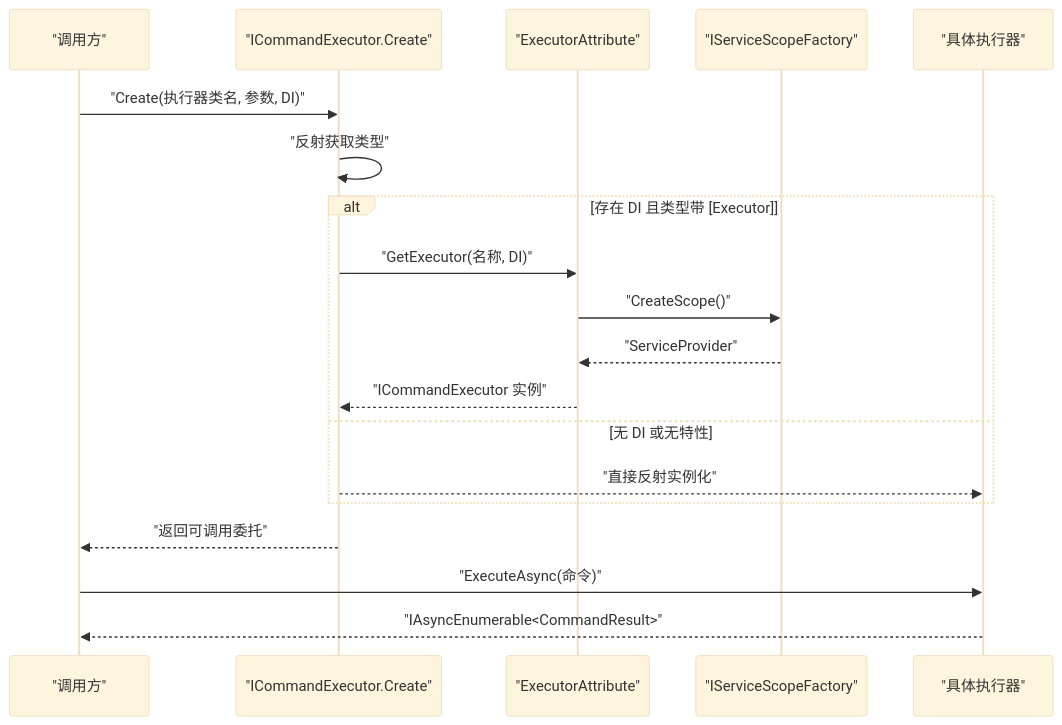
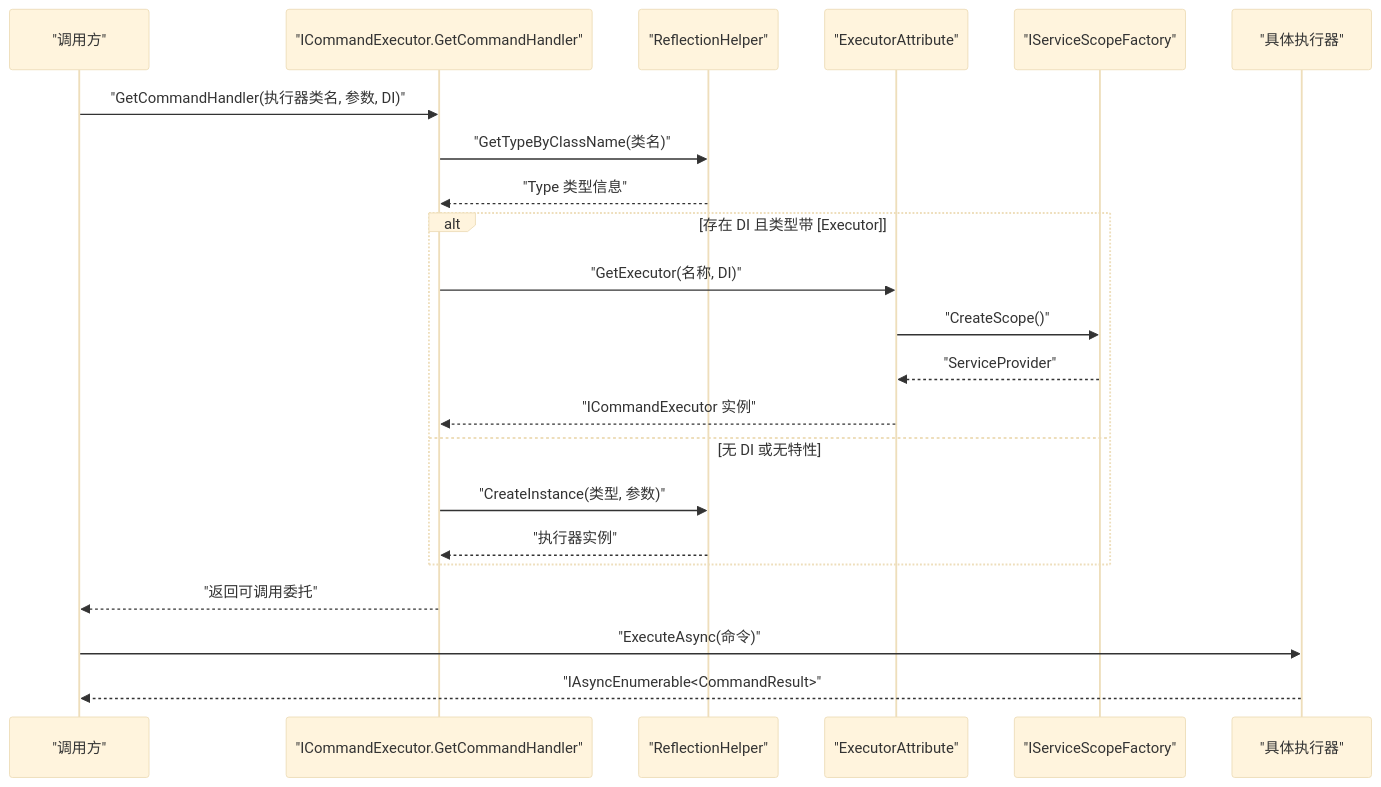
The second of 8 diagrams in .qoder/repowiki/zh/content/工具库详解/命令执行器.md (Sosososolong/AirGo), drawn with Mermaid (base theme) before and after one commit. The commit also changed other lines of this file and 13 other files, not shown here.

````diff
--- a/.qoder/repowiki/zh/content/工具库详解/命令执行器.md
+++ b/.qoder/repowiki/zh/content/工具库详解/命令执行器.md
@@ -92,21 +112,24 @@
 ```mermaid
 sequenceDiagram
 participant Caller as "调用方"
-participant Factory as "ICommandExecutor.Create"
+participant Factory as "ICommandExecutor.GetCommandHandler"
+participant RH as "ReflectionHelper"
 participant Attr as "ExecutorAttribute"
 participant DI as "IServiceScopeFactory"
 participant Exec as "具体执行器"
-Caller->>Factory : "Create(执行器类名, 参数, DI)"
-Factory->>Factory : "反射获取类型"
+Caller->>Factory : "GetCommandHandler(执行器类名, 参数, DI)"
+Factory->>RH : "GetTypeByClassName(类名)"
+RH-->>Factory : "Type 类型信息"
 alt 存在 DI 且类型带 [Executor]
 Factory->>Attr : "GetExecutor(名称, DI)"
 Attr->>DI : "CreateScope()"
 DI-->>Attr : "ServiceProvider"
 Attr-->>Factory : "ICommandExecutor 实例"
 else 无 DI 或无特性
-Factory-->>Exec : "直接反射实例化"
+Factory->>RH : "CreateInstance(类型, 参数)"
+RH-->>Factory : "执行器实例"
 end
 Factory-->>Caller : "返回可调用委托"
 Caller->>Exec : "ExecuteAsync(命令)"
 Exec-->>Caller : "IAsyncEnumerable<CommandResult>"
 ```
````
